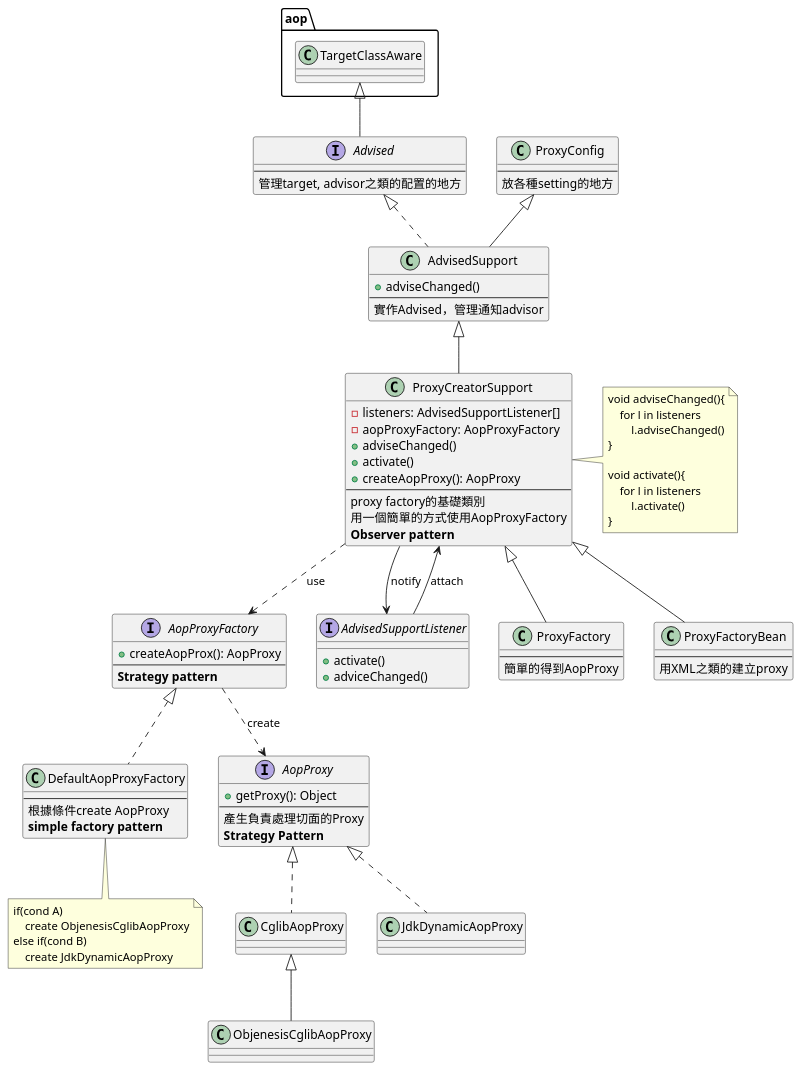
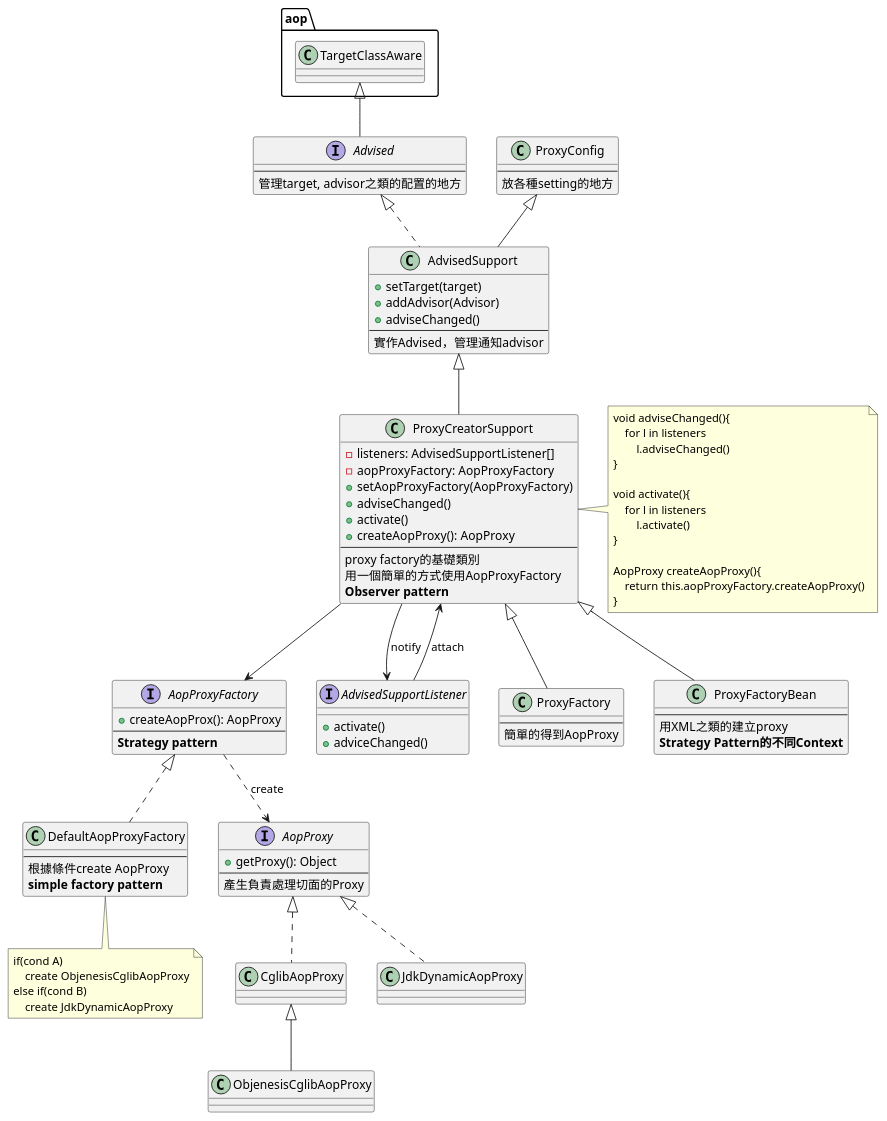
Before and after one commit to LeeYenChieh/Software_Engineering_Design2025FALL: the diagram in spring/framework/overview.puml, drawn with PlantUML. The commit also changed 2 other files, not shown here.

```diff
--- a/spring/framework/overview.puml
+++ b/spring/framework/overview.puml
@@ -1,122 +1,129 @@
 @startuml overview
 
 package aop{
     class TargetClassAware{
 
     }
 }
 
 interface Advised{
 --
 管理target, advisor之類的配置的地方
 }
 
 class ProxyConfig{
 --
 放各種setting的地方
 }
 
 class AdvisedSupport{
+    + setTarget(target)
+    + addAdvisor(Advisor)
     + adviseChanged()
 --
 實作Advised，管理通知advisor
 }
 
 class ProxyCreatorSupport{
     - listeners: AdvisedSupportListener[]
     - aopProxyFactory: AopProxyFactory
+    + setAopProxyFactory(AopProxyFactory)
     + adviseChanged()
     + activate()
     + createAopProxy(): AopProxy
 --
 proxy factory的基礎類別
 用一個簡單的方式使用AopProxyFactory
 **Observer pattern**
 }
 
 note right of ProxyCreatorSupport
 void adviseChanged(){
     for l in listeners
         l.adviseChanged()
 }
 
 void activate(){
     for l in listeners
         l.activate()
 }
+
+AopProxy createAopProxy(){
+    return this.aopProxyFactory.createAopProxy()
+}
 end note
 
-ProxyCreatorSupport ..> AopProxyFactory : use
+ProxyCreatorSupport --> AopProxyFactory
 
 interface AdvisedSupportListener{
     + activate()
     + adviceChanged()
 }
 
 ProxyCreatorSupport --> AdvisedSupportListener : notify
 AdvisedSupportListener --> ProxyCreatorSupport : attach
 
 class ProxyFactory{
 --
 簡單的得到AopProxy
 }
 
 class ProxyFactoryBean{
 --
 用XML之類的建立proxy 
+**Strategy Pattern的不同Context**
 }
 
 TargetClassAware <|-- Advised
 Advised <|.. AdvisedSupport
 ProxyConfig <|-- AdvisedSupport
 AdvisedSupport <|-- ProxyCreatorSupport
 ProxyCreatorSupport <|-- ProxyFactory
 ProxyCreatorSupport <|-- ProxyFactoryBean
 
 interface AopProxyFactory{
     + createAopProx(): AopProxy
     --
     **Strategy pattern**
 }
 
 class DefaultAopProxyFactory{
 --
 根據條件create AopProxy
 **simple factory pattern**
 }
 
 note bottom of DefaultAopProxyFactory
 if(cond A)
     create ObjenesisCglibAopProxy
 else if(cond B)
     create JdkDynamicAopProxy
 end note
 
 AopProxyFactory <|.. DefaultAopProxyFactory
 
 interface AopProxy{
     + getProxy(): Object
     --
     產生負責處理切面的Proxy
-    **Strategy Pattern**
 }
 
 class CglibAopProxy{
 
 }
 
 class ObjenesisCglibAopProxy{
 
 }
 
 CglibAopProxy <|-- ObjenesisCglibAopProxy
 
 class JdkDynamicAopProxy{
 
 }
 
 AopProxy <|.. CglibAopProxy
 AopProxy <|.. JdkDynamicAopProxy
 AopProxyFactory ..> AopProxy : create
 
 @enduml
```
